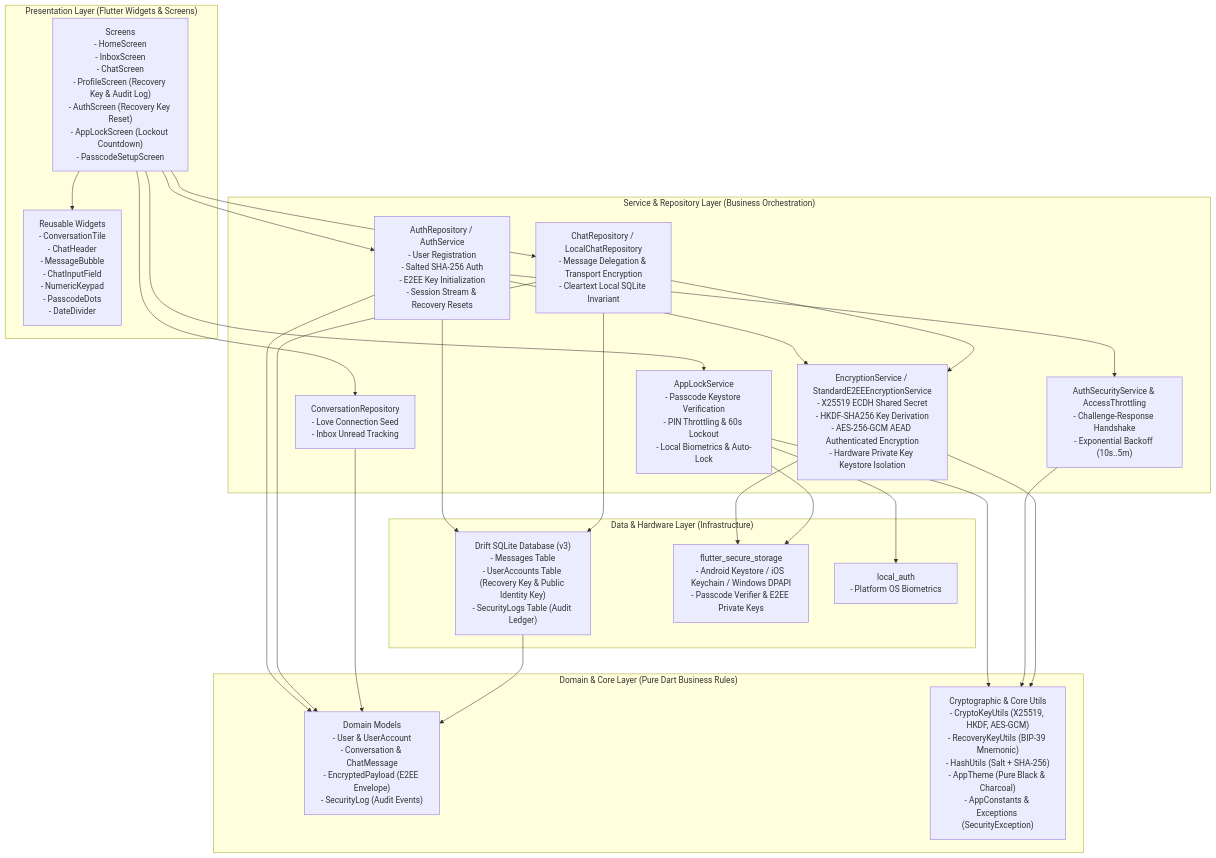
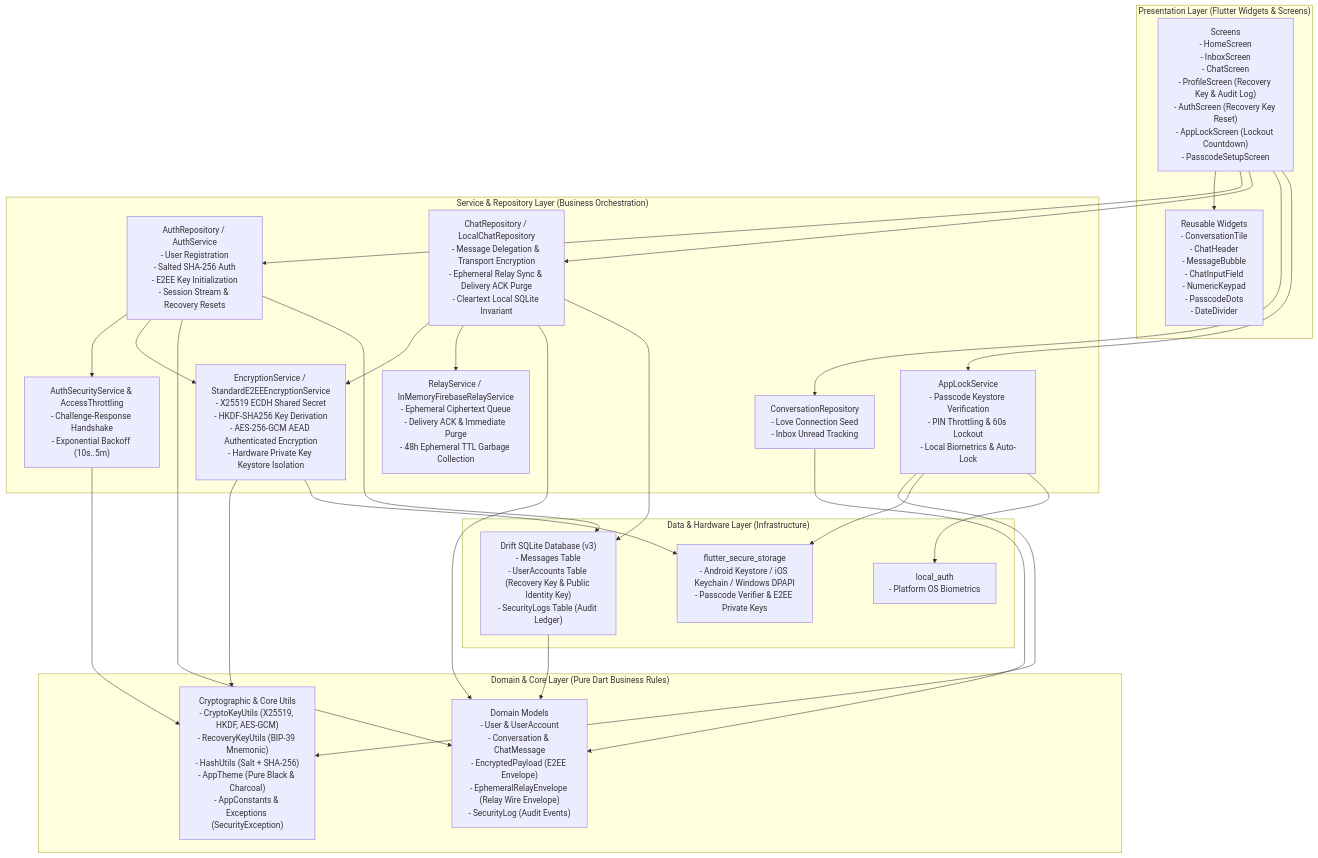
One commit to nazmulfahim3010/ourPlace changed the fifth of 10 diagrams in diagram.md. Above: the diagram before and after it, drawn with Mermaid. The commit also changed other lines of this file and 7 other files, not shown here.

Commit message:
feat: implement chat repository, services, and ephemeral relay infrastructure

````diff
--- a/diagram.md
+++ b/diagram.md
@@ -252,50 +252,52 @@
 ```mermaid
 flowchart TD
     subgraph PresentationLayer["Presentation Layer (Flutter Widgets & Screens)"]
         Screens["Screens\n- HomeScreen\n- InboxScreen\n- ChatScreen\n- ProfileScreen (Recovery Key & Audit Log)\n- AuthScreen (Recovery Key Reset)\n- AppLockScreen (Lockout Countdown)\n- PasscodeSetupScreen"]
         Widgets["Reusable Widgets\n- ConversationTile\n- ChatHeader\n- MessageBubble\n- ChatInputField\n- NumericKeypad\n- PasscodeDots\n- DateDivider"]
     end
 
     subgraph ServiceRepositoryLayer["Service & Repository Layer (Business Orchestration)"]
         AuthRepo["AuthRepository / AuthService\n- User Registration\n- Salted SHA-256 Auth\n- E2EE Key Initialization\n- Session Stream & Recovery Resets"]
-        ChatRepo["ChatRepository / LocalChatRepository\n- Message Delegation & Transport Encryption\n- Cleartext Local SQLite Invariant"]
+        ChatRepo["ChatRepository / LocalChatRepository\n- Message Delegation & Transport Encryption\n- Ephemeral Relay Sync & Delivery ACK Purge\n- Cleartext Local SQLite Invariant"]
         ConvRepo["ConversationRepository\n- Love Connection Seed\n- Inbox Unread Tracking"]
         AppLockServ["AppLockService\n- Passcode Keystore Verification\n- PIN Throttling & 60s Lockout\n- Local Biometrics & Auto-Lock"]
         SecurityServ["AuthSecurityService & AccessThrottling\n- Challenge-Response Handshake\n- Exponential Backoff (10s..5m)"]
         EncryptionServ["EncryptionService / StandardE2EEEncryptionService\n- X25519 ECDH Shared Secret\n- HKDF-SHA256 Key Derivation\n- AES-256-GCM AEAD Authenticated Encryption\n- Hardware Private Key Keystore Isolation"]
+        RelayServ["RelayService / InMemoryFirebaseRelayService\n- Ephemeral Ciphertext Queue\n- Delivery ACK & Immediate Purge\n- 48h Ephemeral TTL Garbage Collection"]
     end
 
     subgraph DomainLayer["Domain & Core Layer (Pure Dart Business Rules)"]
-        Models["Domain Models\n- User & UserAccount\n- Conversation & ChatMessage\n- EncryptedPayload (E2EE Envelope)\n- SecurityLog (Audit Events)"]
+        Models["Domain Models\n- User & UserAccount\n- Conversation & ChatMessage\n- EncryptedPayload (E2EE Envelope)\n- EphemeralRelayEnvelope (Relay Wire Envelope)\n- SecurityLog (Audit Events)"]
         CryptoCore["Cryptographic & Core Utils\n- CryptoKeyUtils (X25519, HKDF, AES-GCM)\n- RecoveryKeyUtils (BIP-39 Mnemonic)\n- HashUtils (Salt + SHA-256)\n- AppTheme (Pure Black & Charcoal)\n- AppConstants & Exceptions (SecurityException)"]
     end
 
     subgraph DataStorageLayer["Data & Hardware Layer (Infrastructure)"]
         DriftDB["Drift SQLite Database (v3)\n- Messages Table\n- UserAccounts Table (Recovery Key & Public Identity Key)\n- SecurityLogs Table (Audit Ledger)"]
         SecStore["flutter_secure_storage\n- Android Keystore / iOS Keychain / Windows DPAPI\n- Passcode Verifier & E2EE Private Keys"]
         LocalAuth["local_auth\n- Platform OS Biometrics"]
     end
 
     Screens --> Widgets
     Screens --> AuthRepo
     Screens --> ChatRepo
     Screens --> ConvRepo
     Screens --> AppLockServ
 
     AuthRepo --> SecurityServ
     AuthRepo --> EncryptionServ
     AuthRepo --> Models
     ChatRepo --> EncryptionServ
+    ChatRepo --> RelayServ
     ChatRepo --> Models
     ConvRepo --> Models
     AppLockServ --> CryptoCore
     SecurityServ --> CryptoCore
     EncryptionServ --> CryptoCore
     EncryptionServ --> SecStore
 
     AuthRepo --> DriftDB
     ChatRepo --> DriftDB
     AppLockServ --> SecStore
     AppLockServ --> LocalAuth
     DriftDB --> Models
 ```
````
